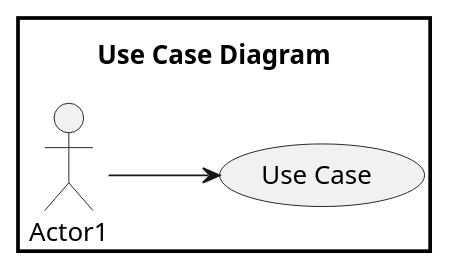
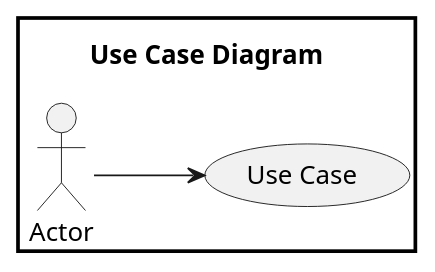
Before and after one commit to chraxo/UmlMarkdownCheatSheet: the second of 33 diagrams in uml_markdown_summary.md, drawn with PlantUML. The commit also changed other lines of this file, not shown here.

```diff
--- a/uml_markdown_summary.md
+++ b/uml_markdown_summary.md
@@ -72,13 +71,11 @@
 @startuml
     skinparam DiagramBorderColor black
-    skinparam DiagramBorderThickness 2
-    skinparam Shadowing false
-
+    skinparam DiagramBorderThickness 2    
     skinparam style strictuml
 
     left to right direction
 
     title Use Case Diagram
     
-    Actor1 --> (Use Case)
+    Actor --> (Use Case)
 @enduml
```
